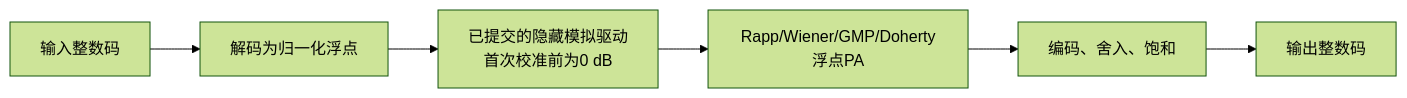
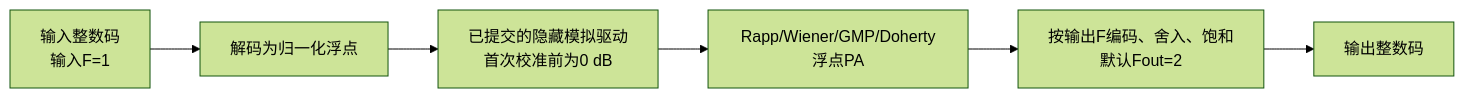
The second of 4 diagrams in doc/FixedPoint.md (niyilu45/DPD_ILC), drawn with Mermaid (forest theme) before and after one commit. The commit also changed other lines of this file and 45 other files, not shown here.

````diff
--- a/doc/FixedPoint.md
+++ b/doc/FixedPoint.md
@@ -193,8 +223,8 @@
 ```mermaid
 flowchart LR
-    inputCodes["输入整数码"] --> decode["解码为归一化浮点"]
+    inputCodes["输入整数码<br/>输入F=1"] --> decode["解码为归一化浮点"]
     decode --> analogDrive["已提交的隐藏模拟驱动<br/>首次校准前为0 dB"]
     analogDrive --> pa["Rapp/Wiener/GMP/Doherty浮点PA"]
-    pa --> encode["编码、舍入、饱和"]
+    pa --> encode["按输出F编码、舍入、饱和<br/>默认Fout=2"]
     encode --> outputCodes["输出整数码"]
 ```
````
